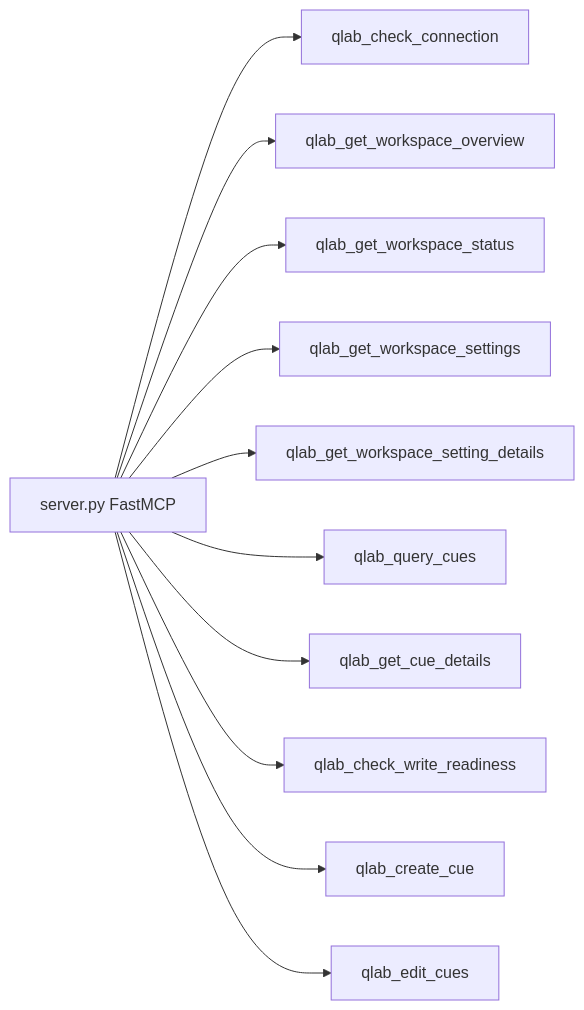
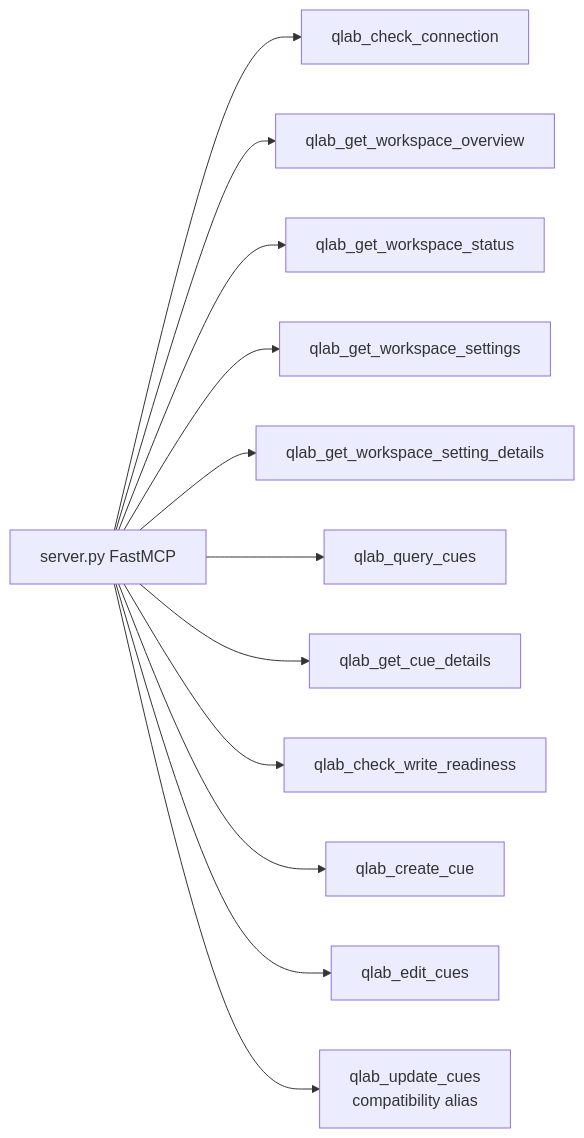
One commit to MarcheKEN/Qlab-MCP changed the second of 6 diagrams in docs/current/architecture/codebase_graphs.md. Above: the diagram before and after it, drawn with Mermaid. The commit also changed other lines of this file and 14 other files, not shown here.

````diff
--- a/docs/current/architecture/codebase_graphs.md
+++ b/docs/current/architecture/codebase_graphs.md
@@ -43,13 +47,14 @@
 ```mermaid
 flowchart LR
     Tools["server.py FastMCP"] --> Check["qlab_check_connection"]
     Tools --> Overview["qlab_get_workspace_overview"]
     Tools --> Status["qlab_get_workspace_status"]
     Tools --> Settings["qlab_get_workspace_settings"]
     Tools --> SettingDetails["qlab_get_workspace_setting_details"]
     Tools --> Query["qlab_query_cues"]
     Tools --> CueDetails["qlab_get_cue_details"]
     Tools --> Ready["qlab_check_write_readiness"]
     Tools --> Create["qlab_create_cue"]
-    Tools --> Update["qlab_edit_cues"]
+    Tools --> Edit["qlab_edit_cues"]
+    Tools --> UpdateAlias["qlab_update_cues<br/>compatibility alias"]
 ```
````
